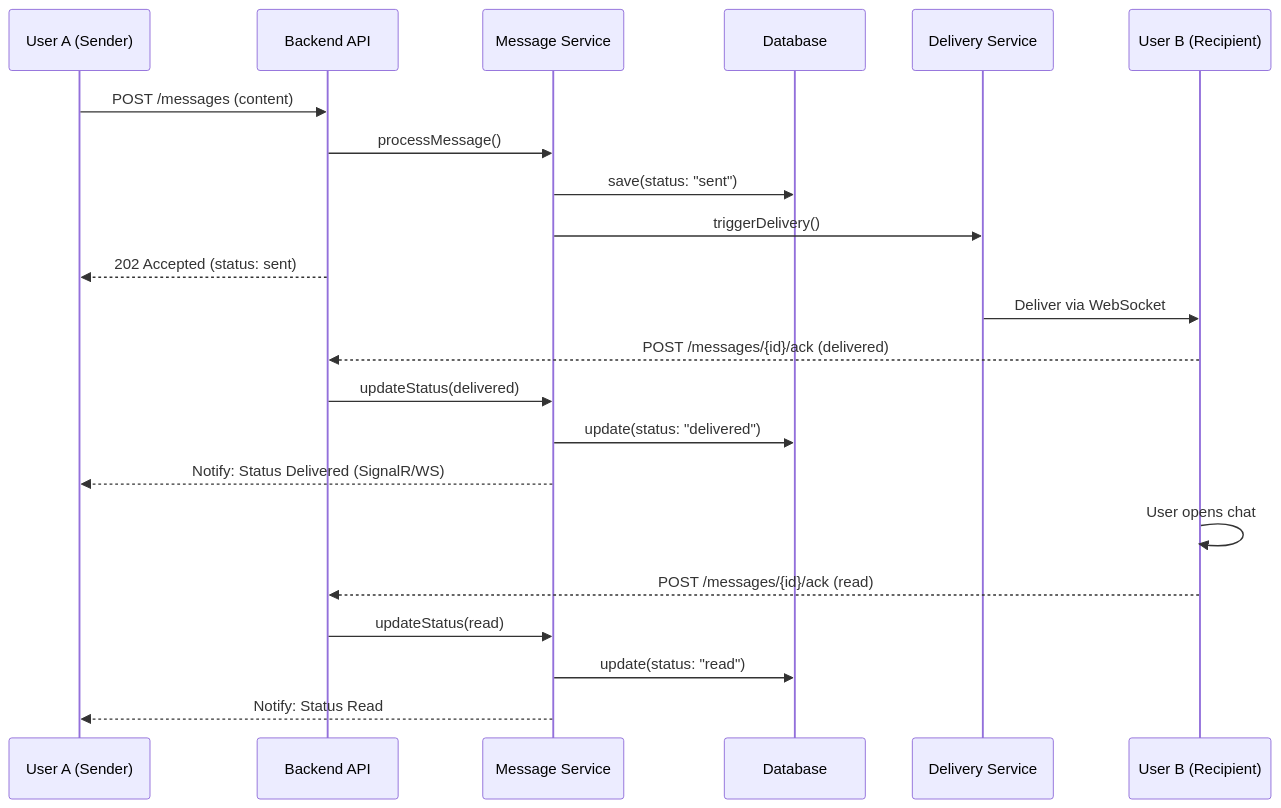
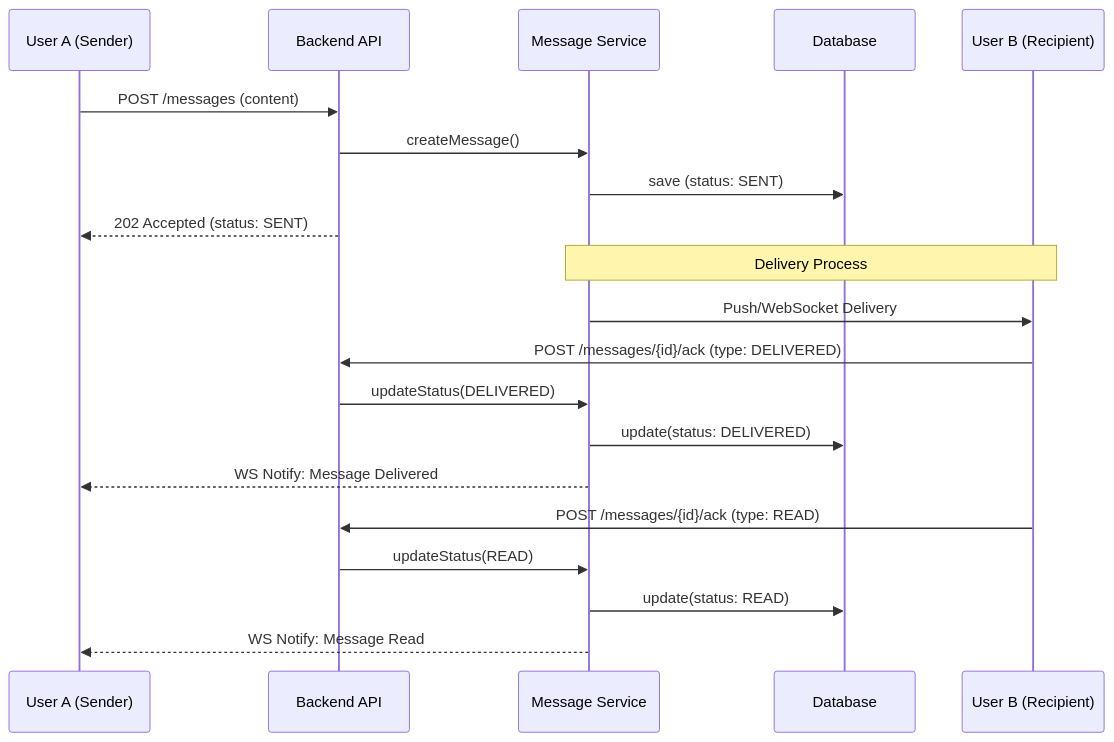
The second of 3 diagrams in README.md (artembaranovsky1/Software-Design-and-Documentation_lab-1.1), drawn with Mermaid before and after one commit. The commit also changed other lines of this file, not shown here.

````diff
--- a/README.md
+++ b/README.md
@@ -30,27 +14,25 @@
 ```mermaid
 sequenceDiagram
     participant A as User A (Sender)
     participant API as Backend API
-    participant MS as Message Service
+    participant Msg as Message Service
     participant DB as Database
-    participant DS as Delivery Service
     participant B as User B (Recipient)
 
     A->>API: POST /messages (content)
-    API->>MS: processMessage()
-    MS->>DB: save(status: "sent")
-    MS->>DS: triggerDelivery()
-    API-->>A: 202 Accepted (status: sent)
+    API->>Msg: createMessage()
+    Msg->>DB: save (status: SENT)
+    API-->>A: 202 Accepted (status: SENT)
 
-    DS->>B: Deliver via WebSocket
-    B-->>API: POST /messages/{id}/ack (delivered)
-    API->>MS: updateStatus(delivered)
-    MS->>DB: update(status: "delivered")
-    MS-->>A: Notify: Status Delivered (SignalR/WS)
+    Note over Msg, B: Delivery Process
+    Msg->>B: Push/WebSocket Delivery
+    B->>API: POST /messages/{id}/ack (type: DELIVERED)
+    API->>Msg: updateStatus(DELIVERED)
+    Msg->>DB: update(status: DELIVERED)
+    Msg-->>A: WS Notify: Message Delivered
 
-    B->>B: User opens chat
-    B-->>API: POST /messages/{id}/ack (read)
-    API->>MS: updateStatus(read)
-    MS->>DB: update(status: "read")
-    MS-->>A: Notify: Status Read
+    B->>API: POST /messages/{id}/ack (type: READ)
+    API->>Msg: updateStatus(READ)
+    Msg->>DB: update(status: READ)
+    Msg-->>A: WS Notify: Message Read
 ```
````
